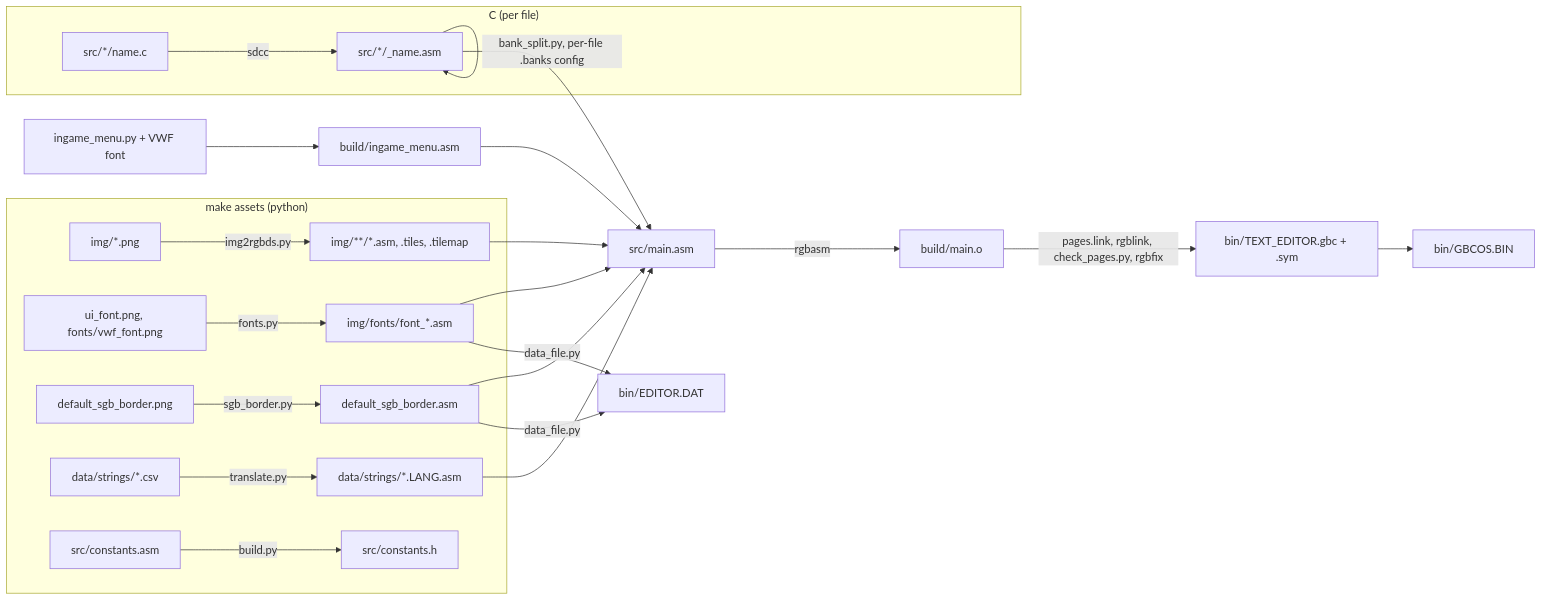
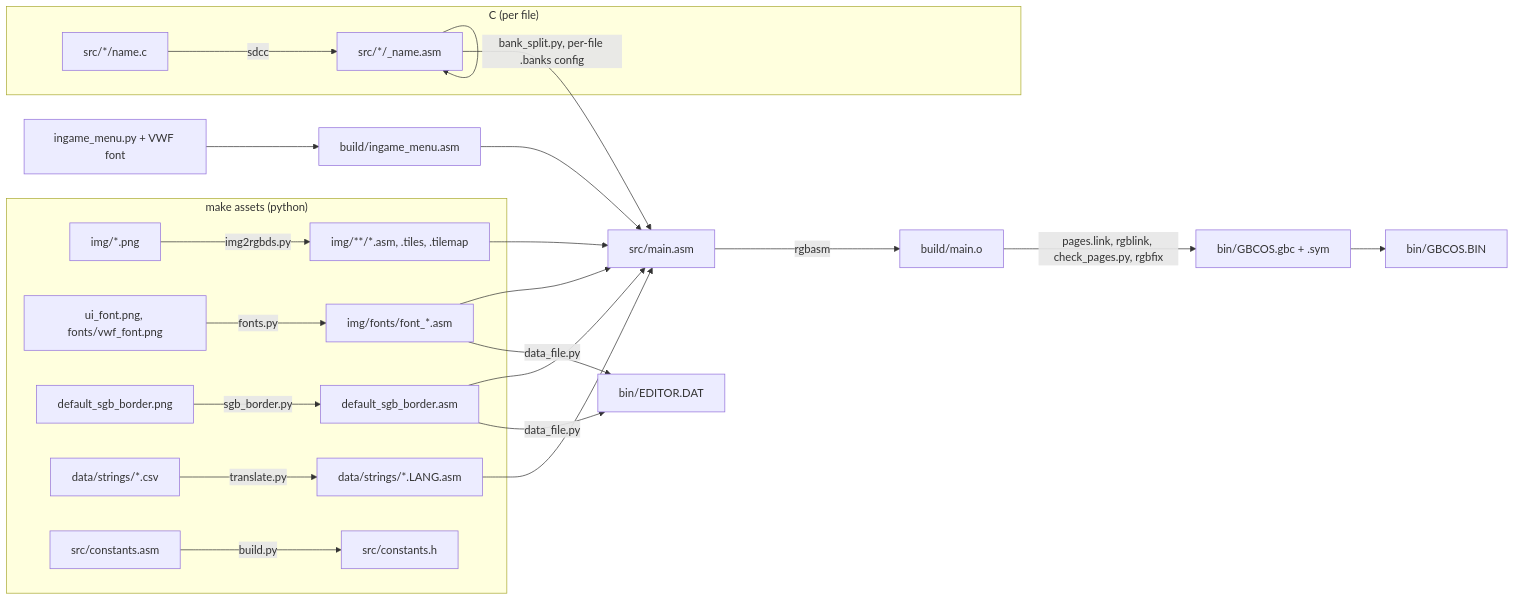
The first of 3 diagrams in notes/ARCHITECTURE.md (Q-Bert-Reynolds/fatpak), drawn with Mermaid before and after one commit. The commit also changed other lines of this file and 11 other files, not shown here.

````diff
--- a/notes/ARCHITECTURE.md
+++ b/notes/ARCHITECTURE.md
@@ -27,21 +27,21 @@
 ```mermaid
 flowchart LR
   subgraph assets["make assets (python)"]
     png[img/*.png] -->|img2rgbds.py| imgasm[img/**/*.asm, .tiles, .tilemap]
     fontpng[ui_font.png, fonts/vwf_font.png] -->|fonts.py| fontasm[img/fonts/font_*.asm]
     border[default_sgb_border.png] -->|sgb_border.py| borderasm[default_sgb_border.asm]
     csv[data/strings/*.csv] -->|translate.py| strasm[data/strings/*.LANG.asm]
     consts[src/constants.asm] -->|build.py| consth[src/constants.h]
   end
   subgraph c["C (per file)"]
     cfile[src/*/name.c] -->|sdcc| casm[src/*/_name.asm]
     casm -->|bank_split.py, per-file .banks config| casm
   end
   main[src/main.asm] -->|rgbasm| obj[build/main.o]
   imgasm & fontasm & borderasm & strasm & casm --> main
   menu[ingame_menu.py + VWF font] --> menugfx[build/ingame_menu.asm]
   menugfx --> main
-  obj -->|pages.link, rgblink, check_pages.py, rgbfix| rom[bin/TEXT_EDITOR.gbc + .sym]
+  obj -->|pages.link, rgblink, check_pages.py, rgbfix| rom[bin/GBCOS.gbc + .sym]
   rom --> os[bin/GBCOS.BIN]
   fontasm & borderasm -->|data_file.py| data[bin/EDITOR.DAT]
 ```
````
